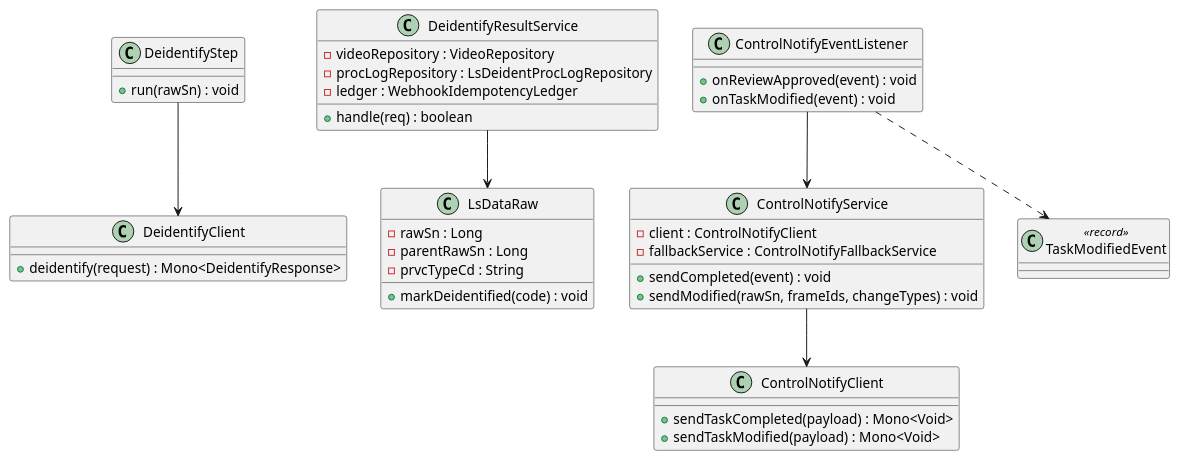
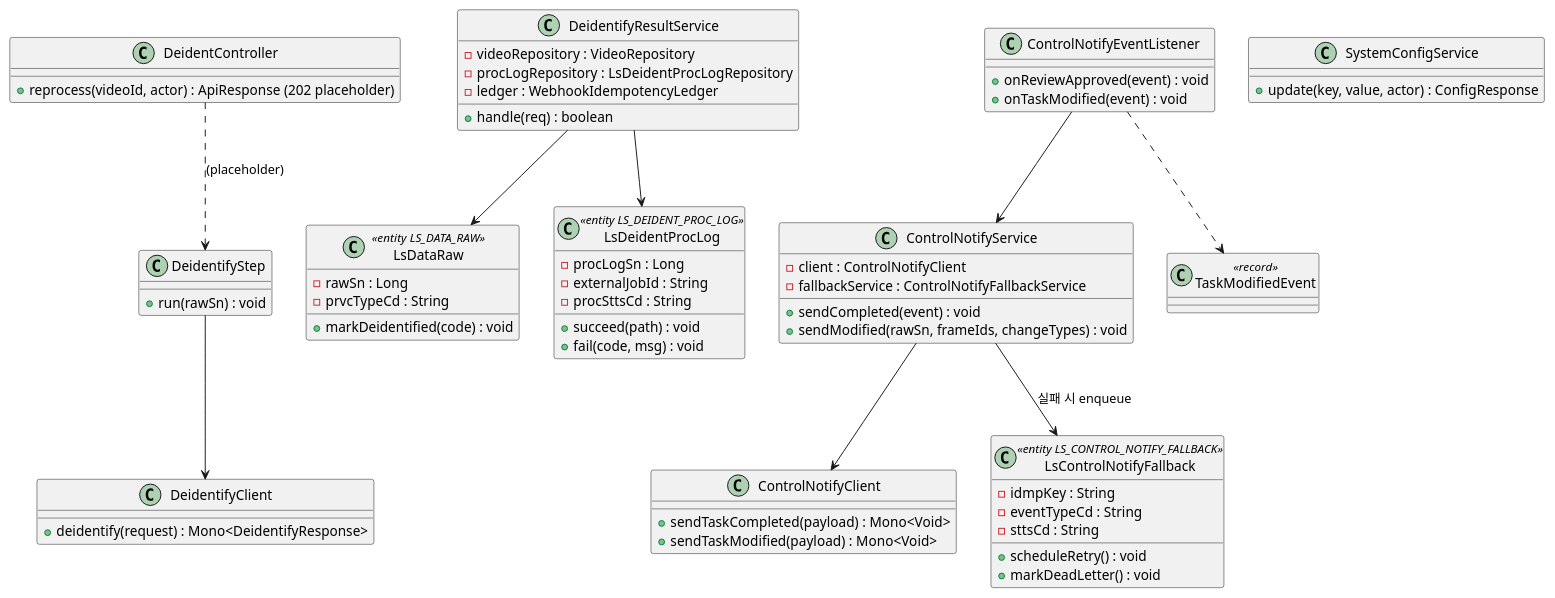
One commit to New-stella/klid-label changed diagram 18 of 18 in docs/design/D1-클래스설계서.md. Above: the diagram before and after it, drawn with PlantUML. The commit also changed other lines of this file and 36 other files, not shown here.

````diff
--- a/docs/design/D1-클래스설계서.md
+++ b/docs/design/D1-클래스설계서.md
@@ -584,43 +955,65 @@
 ```plantuml
 @startuml
+class DeidentController {
+  + reprocess(videoId, actor) : ApiResponse (202 placeholder)
+}
 class DeidentifyStep {
   + run(rawSn) : void
 }
 class DeidentifyClient {
   + deidentify(request) : Mono<DeidentifyResponse>
 }
 class DeidentifyResultService {
   - videoRepository : VideoRepository
   - procLogRepository : LsDeidentProcLogRepository
   - ledger : WebhookIdempotencyLedger
   + handle(req) : boolean
 }
-class LsDataRaw {
+class LsDataRaw <<entity LS_DATA_RAW>> {
   - rawSn : Long
-  - parentRawSn : Long
   - prvcTypeCd : String
   + markDeidentified(code) : void
+}
+class LsDeidentProcLog <<entity LS_DEIDENT_PROC_LOG>> {
+  - procLogSn : Long
+  - externalJobId : String
+  - procSttsCd : String
+  + succeed(path) : void
+  + fail(code, msg) : void
 }
 class ControlNotifyEventListener {
   + onReviewApproved(event) : void
   + onTaskModified(event) : void
 }
 class ControlNotifyService {
   - client : ControlNotifyClient
   - fallbackService : ControlNotifyFallbackService
   + sendCompleted(event) : void
   + sendModified(rawSn, frameIds, changeTypes) : void
 }
 class ControlNotifyClient {
   + sendTaskCompleted(payload) : Mono<Void>
   + sendTaskModified(payload) : Mono<Void>
 }
+class LsControlNotifyFallback <<entity LS_CONTROL_NOTIFY_FALLBACK>> {
+  - idmpKey : String
+  - eventTypeCd : String
+  - sttsCd : String
+  + scheduleRetry() : void
+  + markDeadLetter() : void
+}
+class SystemConfigService {
+  + update(key, value, actor) : ConfigResponse
+}
 class TaskModifiedEvent <<record>>
 
+DeidentController ..> DeidentifyStep : (placeholder)
 DeidentifyStep --> DeidentifyClient
 DeidentifyResultService --> LsDataRaw
+DeidentifyResultService --> LsDeidentProcLog
 ControlNotifyEventListener --> ControlNotifyService
 ControlNotifyEventListener ..> TaskModifiedEvent
 ControlNotifyService --> ControlNotifyClient
+ControlNotifyService --> LsControlNotifyFallback : 실패 시 enqueue
 @enduml
 ```
````
